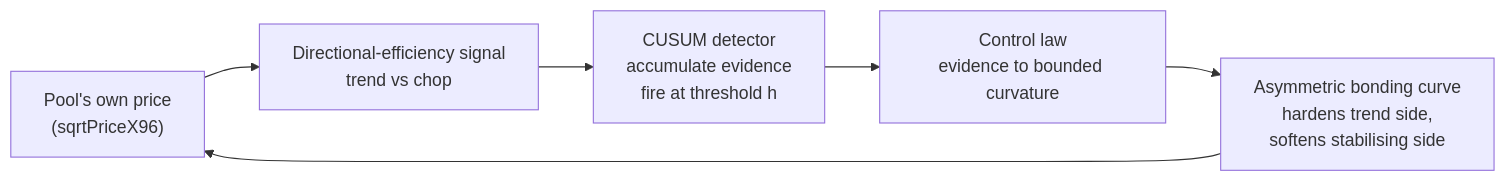
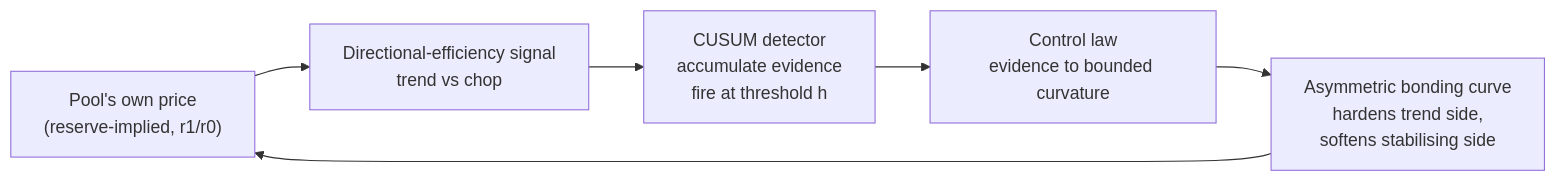
One commit to Prakhar-30/POINCARE changed the first of 5 diagrams in README.md. Above: the diagram before and after it, drawn with Mermaid. The commit also changed other lines of this file and 57 other files, not shown here.

````diff
--- a/README.md
+++ b/README.md
@@ -36,8 +36,8 @@
 ```mermaid
 flowchart LR
-    PRICE["Pool's own price<br/>(sqrtPriceX96)"] --> SIG["Directional-efficiency signal<br/>trend vs chop"]
+    PRICE["Pool's own price<br/>(reserve-implied, r1/r0)"] --> SIG["Directional-efficiency signal<br/>trend vs chop"]
     SIG --> CUSUM["CUSUM detector<br/>accumulate evidence<br/>fire at threshold h"]
     CUSUM --> LAW["Control law<br/>evidence to bounded curvature"]
     LAW --> CURVE["Asymmetric bonding curve<br/>hardens trend side,<br/>softens stabilising side"]
     CURVE --> PRICE
 ```
````
